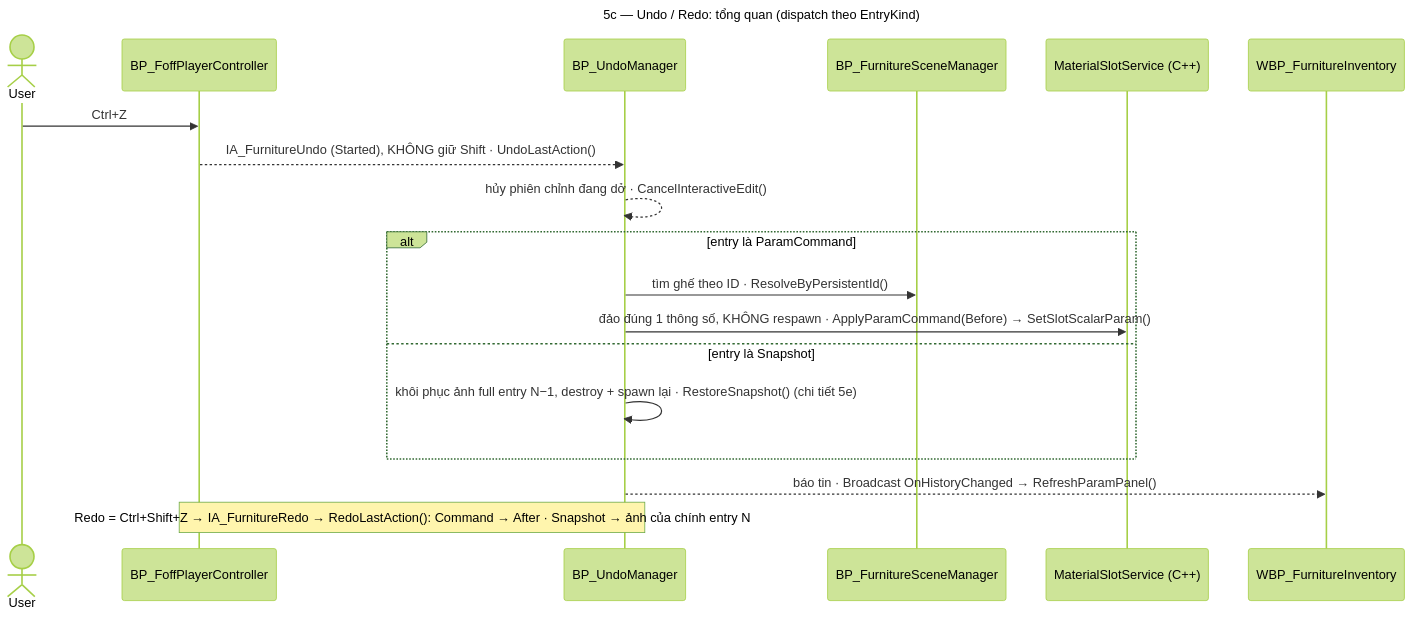
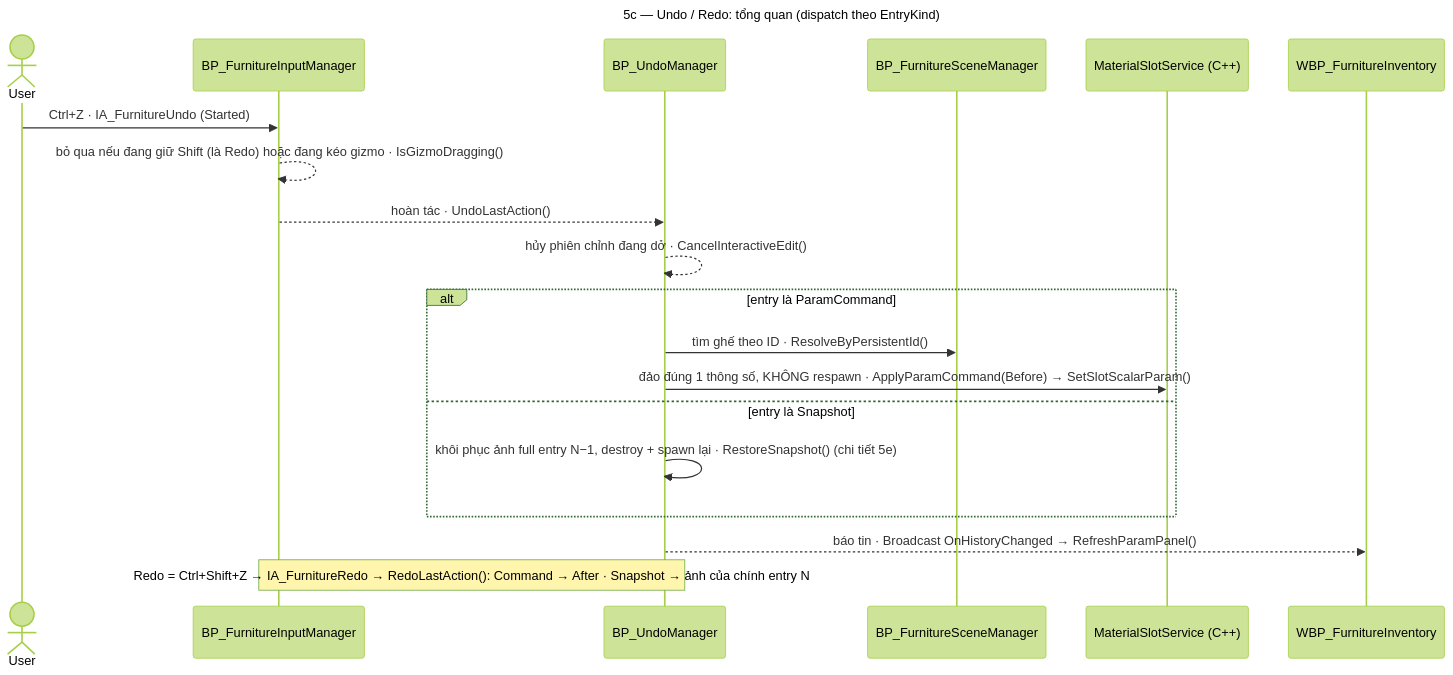
Before and after one commit to olivercu04/UE5_InteriorTool_Docs: the ninth of 26 diagrams in docs/00_Core/Architecture_Map.md, drawn with Mermaid (forest theme). The commit also changed other lines of this file and 30 other files, not shown here.

Commit message:
Bộ não v1.8–1.11 + fix gizmo Scale/F2 + sửa drift Input (Gate 1.5 B2)

````diff
--- a/docs/00_Core/Architecture_Map.md
+++ b/docs/00_Core/Architecture_Map.md
@@ -941,23 +944,24 @@
 ```mermaid
 ---
 title: "5c — Undo / Redo: tổng quan (dispatch theo EntryKind)"
 ---
 sequenceDiagram
   actor U as User
-  participant PC as BP_FoffPlayerController
+  participant IM as BP_FurnitureInputManager
   participant UM as BP_UndoManager
   participant SM as BP_FurnitureSceneManager
   participant MSS as MaterialSlotService (C++)
   participant INV as WBP_FurnitureInventory
-  U->>PC: Ctrl+Z
-  PC-->>UM: IA_FurnitureUndo (Started), KHÔNG giữ Shift · UndoLastAction()
+  U->>IM: Ctrl+Z · IA_FurnitureUndo (Started)
+  IM-->>IM: bỏ qua nếu đang giữ Shift (là Redo) hoặc đang kéo gizmo · IsGizmoDragging()
+  IM-->>UM: hoàn tác · UndoLastAction()
   UM-->>UM: hủy phiên chỉnh đang dở · CancelInteractiveEdit()
   alt entry là ParamCommand
     UM->>SM: tìm ghế theo ID · ResolveByPersistentId()
     UM->>MSS: đảo đúng 1 thông số, KHÔNG respawn · ApplyParamCommand(Before) → SetSlotScalarParam()
   else entry là Snapshot
     UM->>UM: khôi phục ảnh full entry N−1, destroy + spawn lại · RestoreSnapshot() (chi tiết 5e)
   end
   UM-->>INV: báo tin · Broadcast OnHistoryChanged → RefreshParamPanel()
-  Note over PC,UM: Redo = Ctrl+Shift+Z → IA_FurnitureRedo → RedoLastAction(): Command → After · Snapshot → ảnh của chính entry N
+  Note over IM,UM: Redo = Ctrl+Shift+Z → IA_FurnitureRedo → RedoLastAction(): Command → After · Snapshot → ảnh của chính entry N
 ```
````
